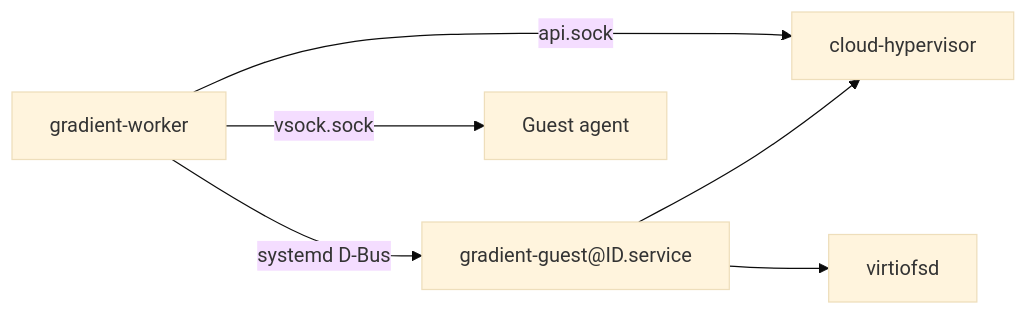
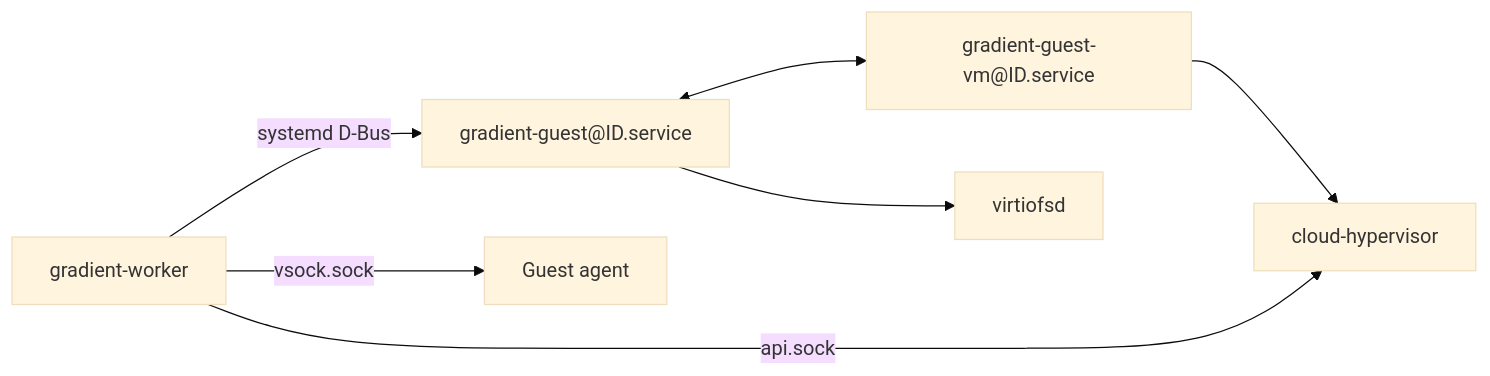
Before and after one commit to wavelens/gradient: the third of 4 diagrams in docs/src/contributors/exec/index.md, drawn with Mermaid (base theme). The commit also changed other lines of this file and 3 other files, not shown here.

Commit message:
vm: fix: run cloud-hypervisor without root

````diff
--- a/docs/src/contributors/exec/index.md
+++ b/docs/src/contributors/exec/index.md
@@ -218,8 +218,9 @@
 ```mermaid
 flowchart LR
     worker["gradient-worker"] -- "systemd D-Bus" --> unit["gradient-guest@ID.service"]
-    unit --> ch["cloud-hypervisor"]
+unit <--> vm["gradient-guest-vm@ID.service"]
+    vm --> ch["cloud-hypervisor"]
     unit --> fs["virtiofsd"]
     worker -- "api.sock" --> ch
     worker -- "vsock.sock" --> agent["Guest agent"]
 ```
````
